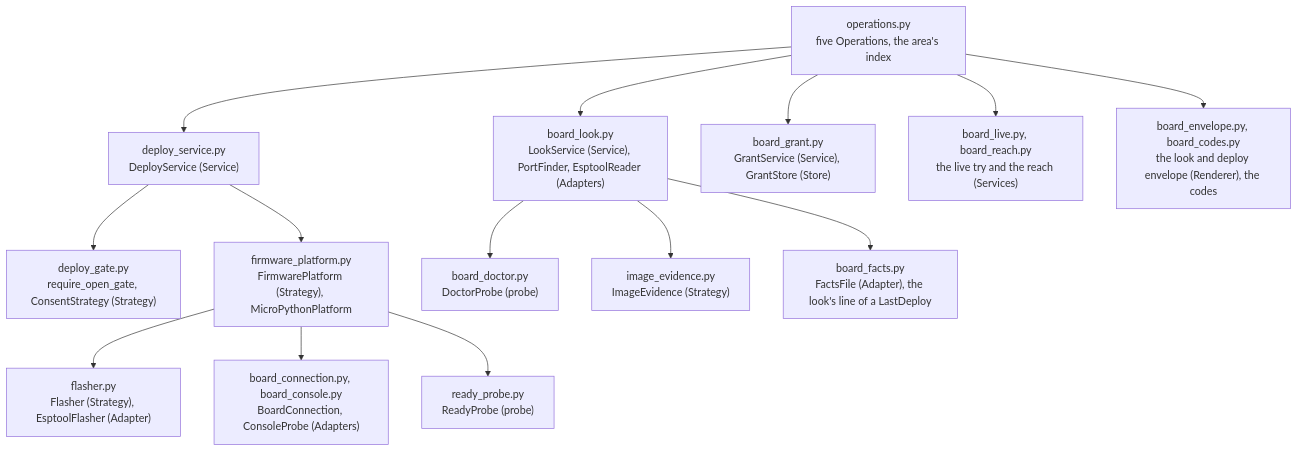
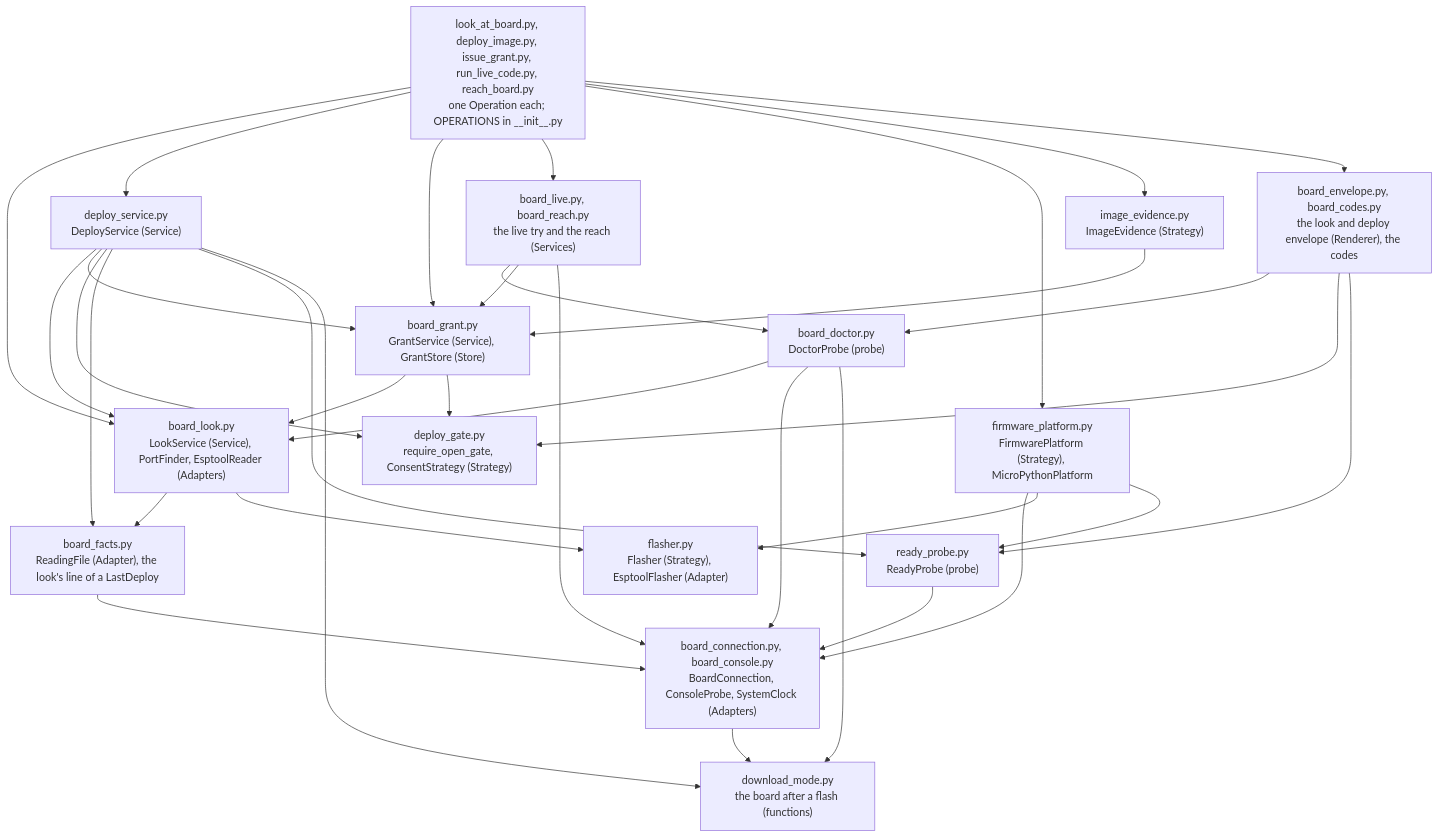
Before and after one commit to xmejkal/spark: the third of 6 diagrams in docs/discovery/2026-10-19-p323-target-architecture/architecture/refactor-plan.md, drawn with Mermaid. The commit also changed other lines of this file and 13 other files, not shown here.

````diff
--- a/docs/discovery/2026-10-19-p323-target-architecture/architecture/refactor-plan.md
+++ b/docs/discovery/2026-10-19-p323-target-architecture/architecture/refactor-plan.md
@@ -101,17 +110,37 @@
 ```mermaid
 flowchart TB
-  OPS["operations.py<br/>five Operations, the area's index"]
+  OPS["look_at_board.py, deploy_image.py, issue_grant.py, run_live_code.py, reach_board.py<br/>one Operation each; OPERATIONS in __init__.py"]
   OPS --> LOOK["board_look.py<br/>LookService (Service), PortFinder, EsptoolReader (Adapters)"]
   OPS --> DEP["deploy_service.py<br/>DeployService (Service)"]
   OPS --> GRANT["board_grant.py<br/>GrantService (Service), GrantStore (Store)"]
   OPS --> LIVE["board_live.py, board_reach.py<br/>the live try and the reach (Services)"]
+  OPS --> PLAT["firmware_platform.py<br/>FirmwarePlatform (Strategy), MicroPythonPlatform"]
+  OPS --> EV["image_evidence.py<br/>ImageEvidence (Strategy)"]
+  OPS --> ENV["board_envelope.py, board_codes.py<br/>the look and deploy envelope (Renderer), the codes"]
+  DEP --> LOOK
+  DEP --> GRANT
   DEP --> GATE["deploy_gate.py<br/>require_open_gate, ConsentStrategy (Strategy)"]
-  DEP --> PLAT["firmware_platform.py<br/>FirmwarePlatform (Strategy), MicroPythonPlatform"]
-  PLAT --> FL["flasher.py<br/>Flasher (Strategy), EsptoolFlasher (Adapter)"]
-  PLAT --> CONN["board_connection.py, board_console.py<br/>BoardConnection, ConsoleProbe (Adapters)"]
-  PLAT --> READY["ready_probe.py<br/>ReadyProbe (probe)"]
-  LOOK --> DOC["board_doctor.py<br/>DoctorProbe (probe)"]
-  LOOK --> EV["image_evidence.py<br/>ImageEvidence (Strategy)"]
-  OPS --> ENV["board_envelope.py, board_codes.py<br/>the look and deploy envelope (Renderer), the codes"]
-  LOOK --> FACTS["board_facts.py<br/>FactsFile (Adapter), the look's line of a LastDeploy"]
+  DEP --> FACTS["board_facts.py<br/>ReadingFile (Adapter), the look's line of a LastDeploy"]
+  DEP --> READY["ready_probe.py<br/>ReadyProbe (probe)"]
+  DEP --> DM["download_mode.py<br/>the board after a flash (functions)"]
+  GRANT --> LOOK
+  GRANT --> GATE
+  LIVE --> DOC["board_doctor.py<br/>DoctorProbe (probe)"]
+  LIVE --> GRANT
+  LIVE --> CONN["board_connection.py, board_console.py<br/>BoardConnection, ConsoleProbe, SystemClock (Adapters)"]
+  DOC --> LOOK
+  DOC --> CONN
+  DOC --> DM
+  ENV --> DOC
+  ENV --> GATE
+  ENV --> READY
+  LOOK --> FACTS
+  LOOK --> FL["flasher.py<br/>Flasher (Strategy), EsptoolFlasher (Adapter)"]
+  PLAT --> CONN
+  PLAT --> FL
+  PLAT --> READY
+  EV --> GRANT
+  READY --> CONN
+  FACTS --> CONN
+  CONN --> DM
 ```
````
